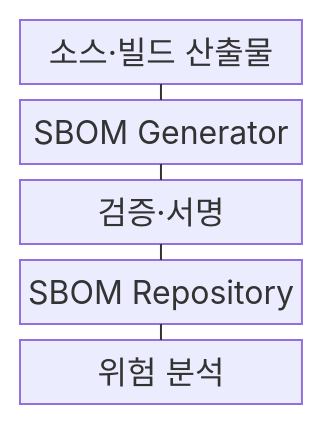
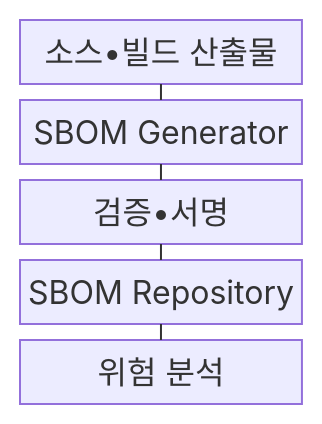
One commit to agnusdei1207/knowledge-base changed the first of 2 diagrams in src/content/docs/notes/03-software/183_sbom.md. Above: the diagram before and after it, drawn with Mermaid. The commit also changed other lines of this file and 953 other files, not shown here.

````diff
--- a/src/content/docs/notes/03-software/183_sbom.md
+++ b/src/content/docs/notes/03-software/183_sbom.md
@@ -69,13 +69,13 @@
 ```mermaid
 block
     columns 1
-    A["소스·빌드 산출물"]
+    A["소스•빌드 산출물"]
     B["SBOM Generator"]
-    C["검증·서명"]
+    C["검증•서명"]
     D["SBOM Repository"]
     E["위험 분석"]
     A --- B
     B --- C
     C --- D
     D --- E
 ```
````
